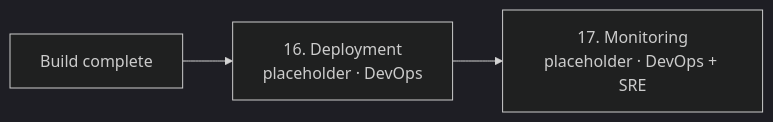
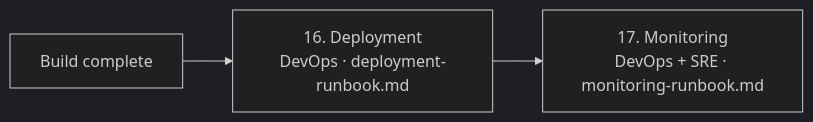
One commit to thangtmkafi/AI-DLC changed the sixth of 6 diagrams in packages/claude-code/CLAUDE.md. Above: the diagram before and after it, drawn with Mermaid (dark theme). The commit also changed other lines of this file and 89 other files, not shown here.

First line of the commit message:
v0.8: mega release — Mermaid+ASCII layouts · code-flow + flow conformance · 14 skills · 13 templates · Operations formalized · HTML deep-sync

````diff
--- a/packages/claude-code/CLAUDE.md
+++ b/packages/claude-code/CLAUDE.md
@@ -157,5 +157,5 @@
 ```mermaid
 flowchart LR
-    S15[Build complete] --> S16[16. Deployment<br/>placeholder · DevOps]
-    S16 --> S17[17. Monitoring<br/>placeholder · DevOps + SRE]
+    S15[Build complete] --> S16[16. Deployment<br/>DevOps · deployment-runbook.md]
+    S16 --> S17[17. Monitoring<br/>DevOps + SRE · monitoring-runbook.md]
 ```
````
